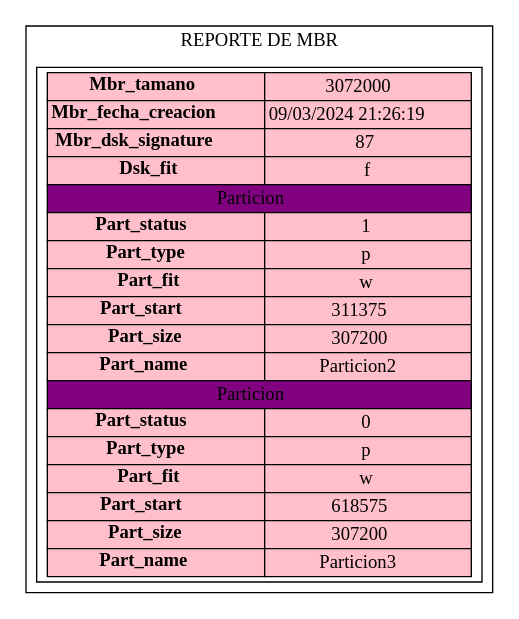
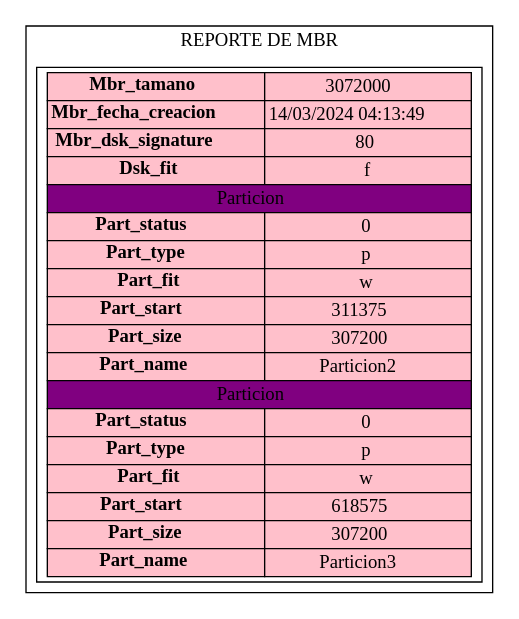
The diagram in Mbr.dot (NatalyDuarte/MIA_P1_202001570), drawn with Graphviz before and after one commit. The commit also changed 17 other files, not shown here.

```diff
--- a/Mbr.dot
+++ b/Mbr.dot
@@ -1,23 +1,23 @@
 digraph G{
 subgraph cluster{
 label="REPORTE DE MBR"
 tbl[shape=box,label=<
 <table border='0' cellborder='1' cellspacing='0' width='300'  height='200' >
 <tr> <td width='150' bgcolor="pink"><b>Mbr_tamano</b></td><td width='150' bgcolor="pink">3072000</td>  </tr>
-<tr>  <td bgcolor="pink"><b>Mbr_fecha_creacion</b></td><td bgcolor="pink">09/03/2024 21:26:19</td>  </tr>
-<tr>  <td bgcolor="pink"><b>Mbr_dsk_signature</b></td><td bgcolor="pink">87</td>  </tr>
-<tr>  <td bgcolor="pink"><b>Dsk_fit</b></td><td bgcolor="pink">f</td>  </tr><tr><td colspan="2" bgcolor="purple">Particion</td></tr><tr>  <td bgcolor="pink"><b>Part_status</b></td><td bgcolor="pink">1</td>  </tr>
+<tr>  <td bgcolor="pink"><b>Mbr_fecha_creacion</b></td><td bgcolor="pink">14/03/2024 04:13:49</td>  </tr>
+<tr>  <td bgcolor="pink"><b>Mbr_dsk_signature</b></td><td bgcolor="pink">80</td>  </tr>
+<tr>  <td bgcolor="pink"><b>Dsk_fit</b></td><td bgcolor="pink">f</td>  </tr><tr><td colspan="2" bgcolor="purple">Particion</td></tr><tr>  <td bgcolor="pink"><b>Part_status</b></td><td bgcolor="pink">0</td>  </tr>
 <tr>  <td bgcolor="pink"><b>Part_type</b></td><td bgcolor="pink">p</td>  </tr>
 <tr>  <td bgcolor="pink"><b>Part_fit</b></td><td bgcolor="pink">w</td>  </tr>
 <tr>  <td bgcolor="pink"><b>Part_start </b></td><td bgcolor="pink">311375</td>  </tr>
 <tr>  <td bgcolor="pink"><b>Part_size</b></td><td bgcolor="pink">307200</td>  </tr>
 <tr>  <td bgcolor="pink"><b>Part_name</b></td><td bgcolor="pink">Particion2</td>  </tr>
 <tr><td colspan="2" bgcolor="purple">Particion</td></tr><tr>  <td bgcolor="pink"><b>Part_status</b></td><td bgcolor="pink">0</td>  </tr>
 <tr>  <td bgcolor="pink"><b>Part_type</b></td><td bgcolor="pink">p</td>  </tr>
 <tr>  <td bgcolor="pink"><b>Part_fit</b></td><td bgcolor="pink">w</td>  </tr>
 <tr>  <td bgcolor="pink"><b>Part_start </b></td><td bgcolor="pink">618575</td>  </tr>
 <tr>  <td bgcolor="pink"><b>Part_size</b></td><td bgcolor="pink">307200</td>  </tr>
 <tr>  <td bgcolor="pink"><b>Part_name</b></td><td bgcolor="pink">Particion3</td>  </tr>
 </table>
 >];
 }}
```
